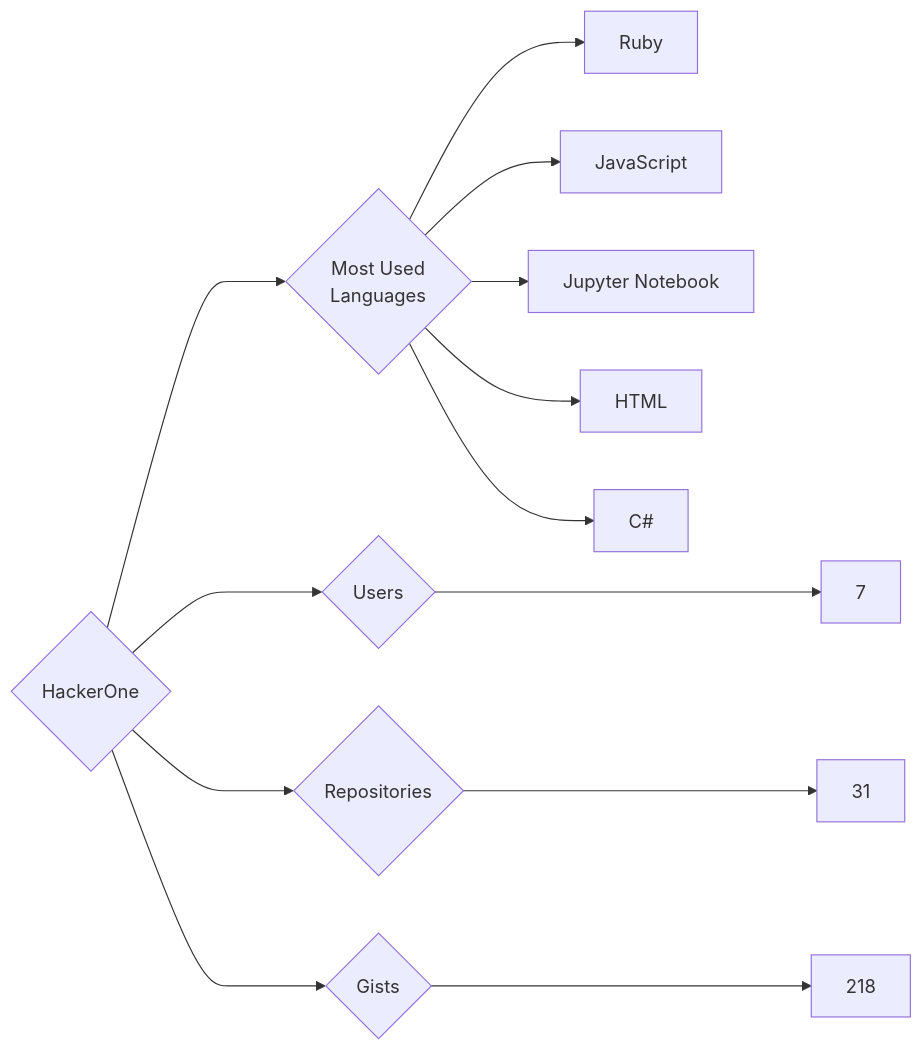
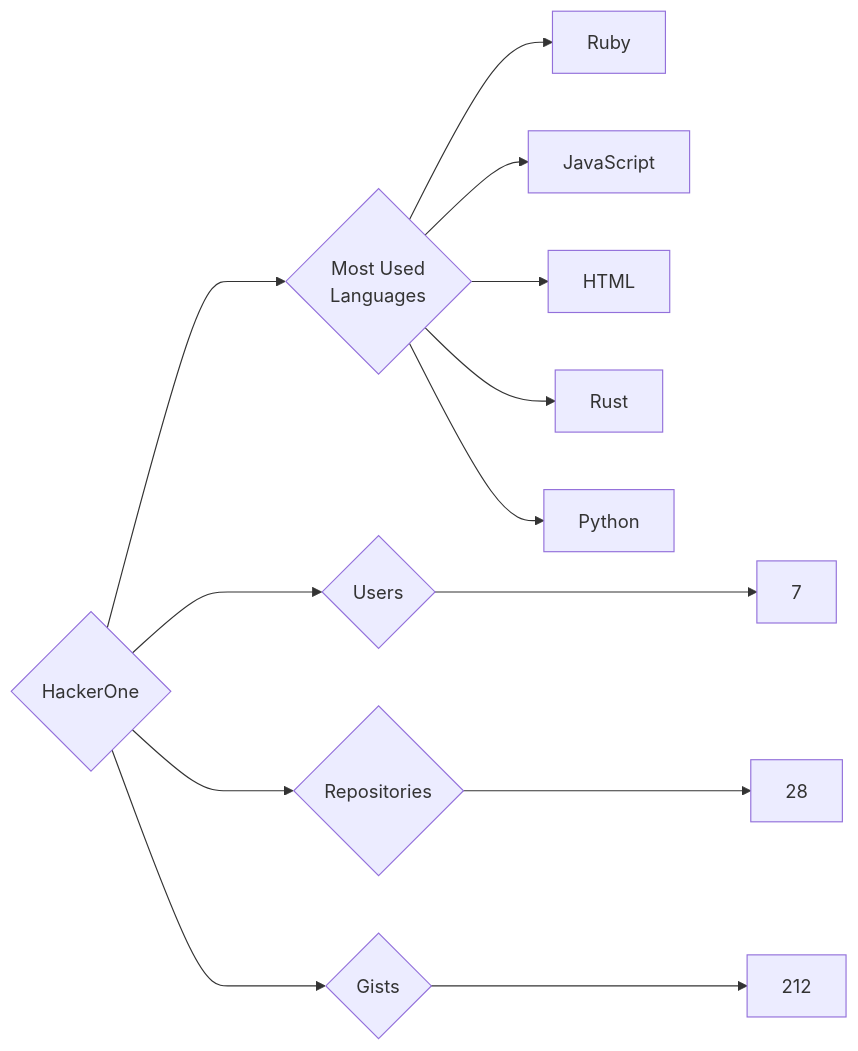
The diagram in targets/HackerOne/README.md (trickest/insiders), drawn with Mermaid before and after one commit. The commit also changed 938 other files, not shown here.

````diff
--- a/targets/HackerOne/README.md
+++ b/targets/HackerOne/README.md
@@ -3,13 +3,13 @@
 ```mermaid
 graph LR
 COMPANY_NAME{HackerOne}
 COMPANY_NAME ---> U{Users} ---> UN[7]
-COMPANY_NAME ---> R{Repositories} ---> RN[31]
-COMPANY_NAME ---> G{Gists} ---> GN[218]
+COMPANY_NAME ---> R{Repositories} ---> RN[28]
+COMPANY_NAME ---> G{Gists} ---> GN[212]
 COMPANY_NAME ---> ML{Most Used<br>Languages}
 ML --> Ruby[Ruby]
 ML --> JavaScript[JavaScript]
-ML --> Jupyter_Notebook[Jupyter Notebook]
 ML --> HTML[HTML]
-ML --> C#[C#]
+ML --> Rust[Rust]
+ML --> Python[Python]
 ```
````
